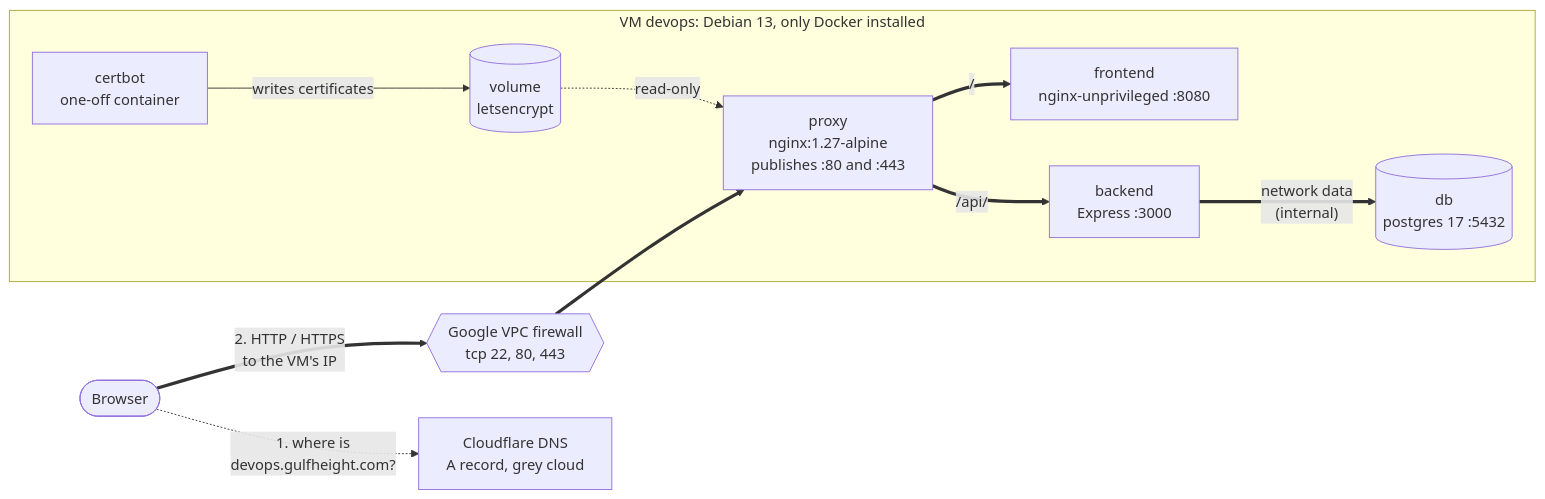
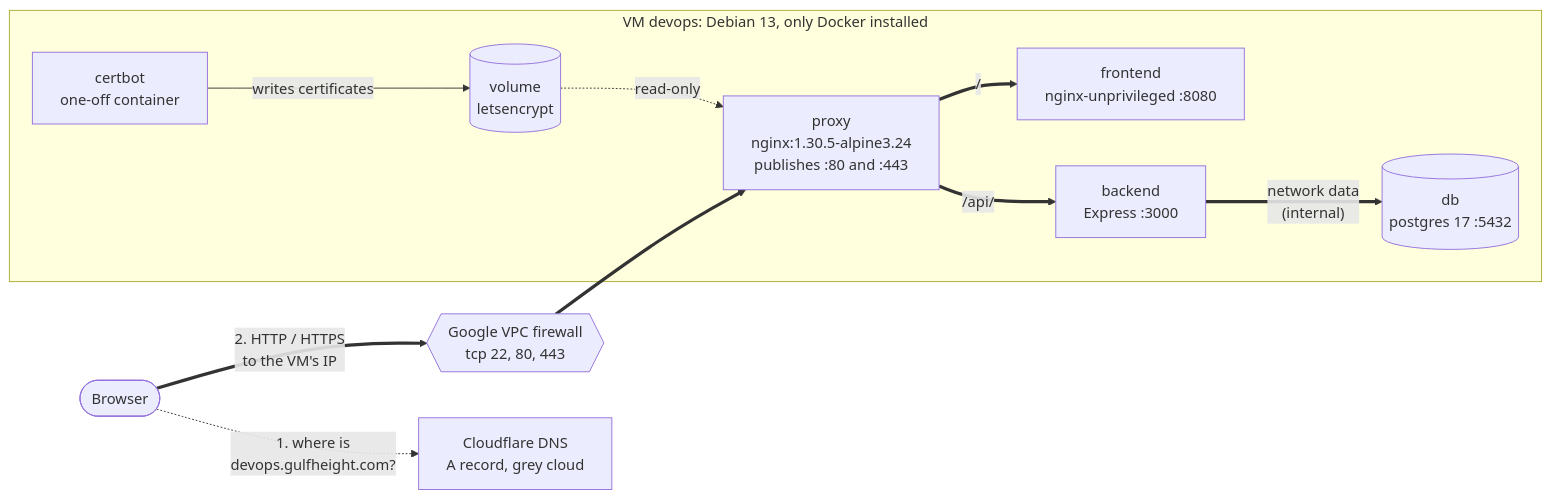
The third of 3 diagrams in README.md (Ahmet-Kaplan/DevOps_course), drawn with Mermaid before and after one commit. The commit also changed other lines of this file and 8 other files, not shown here.

````diff
--- a/README.md
+++ b/README.md
@@ -486,22 +486,22 @@
 ```mermaid
 flowchart LR
     B(["Browser"])
     FW{{"Google VPC firewall<br/>tcp 22, 80, 443"}}
     CF["Cloudflare DNS<br/>A record, grey cloud"]
     subgraph VM["VM devops: Debian 13, only Docker installed"]
-        PX["proxy<br/>nginx:1.27-alpine<br/>publishes :80 and :443"]
+        PX["proxy<br/>nginx:1.30.5-alpine3.24<br/>publishes :80 and :443"]
         FE["frontend<br/>nginx-unprivileged :8080"]
         BE["backend<br/>Express :3000"]
         DB[("db<br/>postgres 17 :5432")]
         CB["certbot<br/>one-off container"]
         LE[("volume<br/>letsencrypt")]
     end
     B ==>|"2. HTTP / HTTPS<br/>to the VM's IP"| FW
     FW ==> PX
     B -.->|"1. where is<br/>devops.gulfheight.com?"| CF
     PX ==>|"/"| FE
     PX ==>|"/api/"| BE
     BE ==>|"network data<br/>(internal)"| DB
     CB -->|"writes certificates"| LE
     LE -.->|"read-only"| PX
 ```
````
